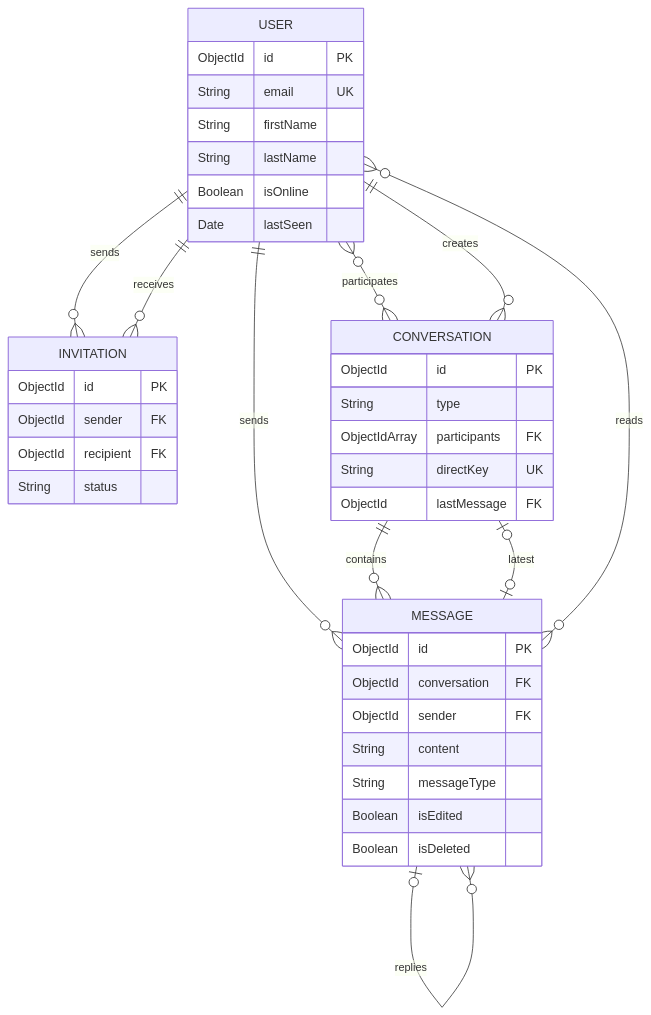
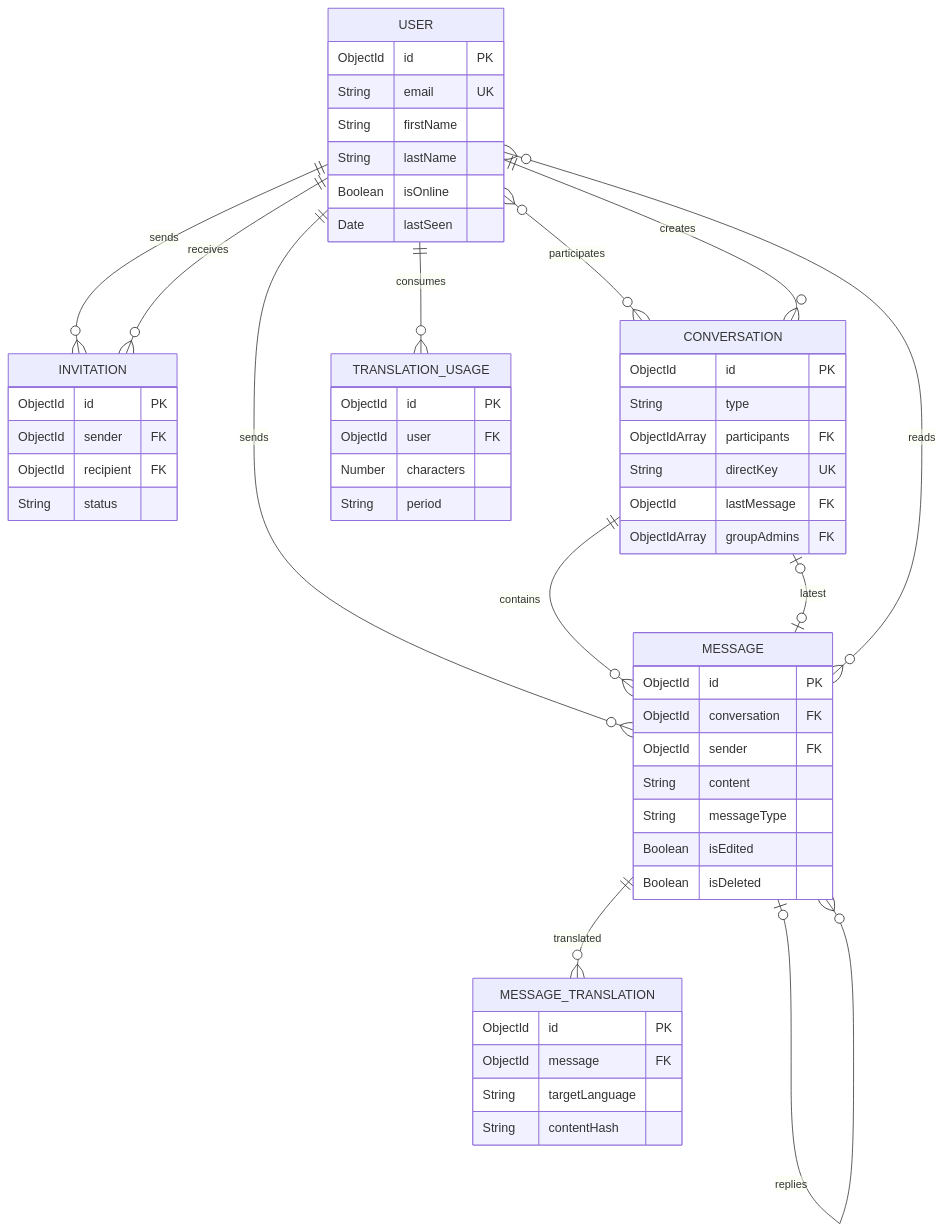
One commit to Saurav11343/click-chat changed diagram 12 of 26 in docs/10-diagram-catalog.md. Above: the diagram before and after it, drawn with Mermaid. The commit also changed other lines of this file and 11 other files, not shown here.

Commit message:
update diagrams

````diff
--- a/docs/10-diagram-catalog.md
+++ b/docs/10-diagram-catalog.md
@@ -372,46 +442,61 @@
 ```mermaid
 erDiagram
     USER ||--o{ INVITATION : sends
     USER ||--o{ INVITATION : receives
     USER }o--o{ CONVERSATION : participates
     USER ||--o{ CONVERSATION : creates
     USER ||--o{ MESSAGE : sends
     CONVERSATION ||--o{ MESSAGE : contains
     CONVERSATION o|--o| MESSAGE : latest
     MESSAGE o|--o{ MESSAGE : replies
     USER }o--o{ MESSAGE : reads
+    MESSAGE ||--o{ MESSAGE_TRANSLATION : translated
+    USER ||--o{ TRANSLATION_USAGE : consumes
 
     USER {
         ObjectId id PK
         String email UK
         String firstName
         String lastName
         Boolean isOnline
         Date lastSeen
     }
 
     INVITATION {
         ObjectId id PK
         ObjectId sender FK
         ObjectId recipient FK
         String status
     }
 
     CONVERSATION {
         ObjectId id PK
         String type
         ObjectIdArray participants FK
         String directKey UK
         ObjectId lastMessage FK
+        ObjectIdArray groupAdmins FK
     }
 
     MESSAGE {
         ObjectId id PK
         ObjectId conversation FK
         ObjectId sender FK
         String content
         String messageType
         Boolean isEdited
         Boolean isDeleted
     }
+    MESSAGE_TRANSLATION {
+        ObjectId id PK
+        ObjectId message FK
+        String targetLanguage
+        String contentHash
+    }
+    TRANSLATION_USAGE {
+        ObjectId id PK
+        ObjectId user FK
+        Number characters
+        String period
+    }
 ```
````
